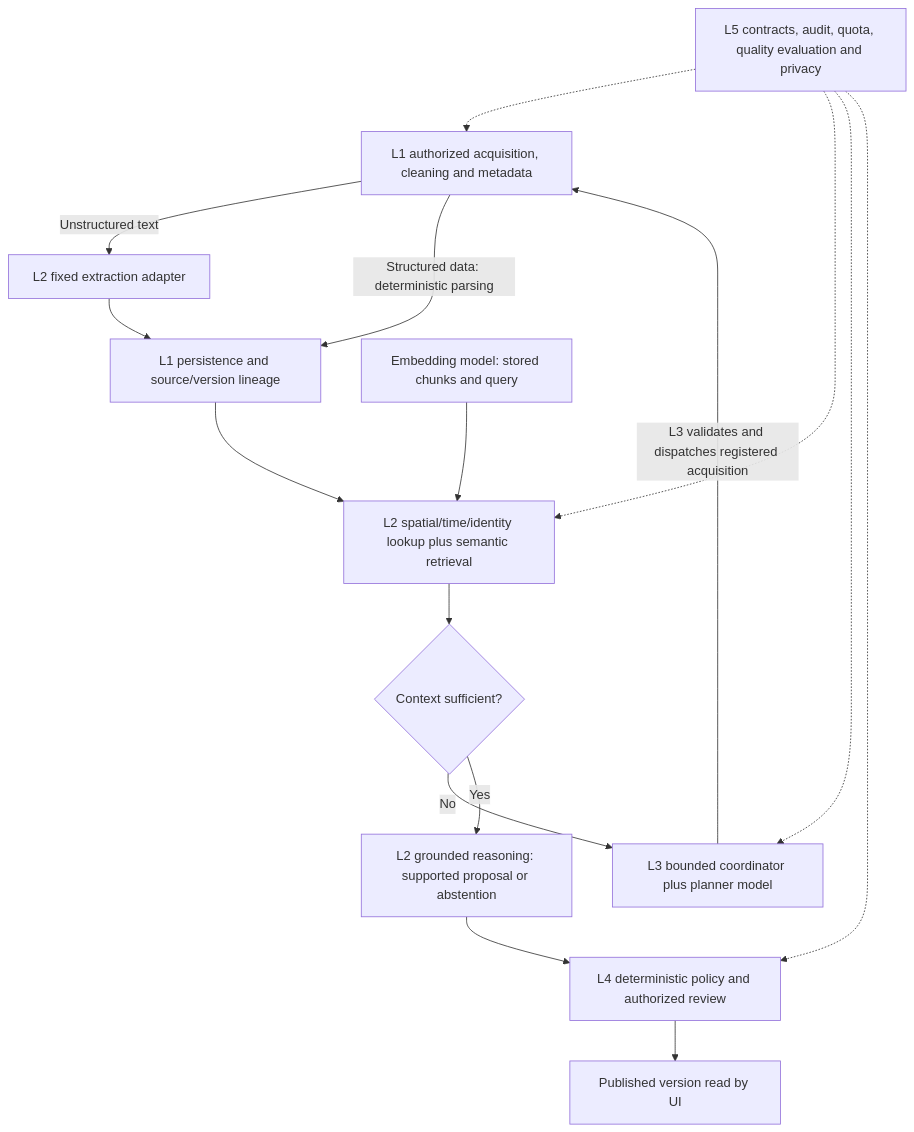
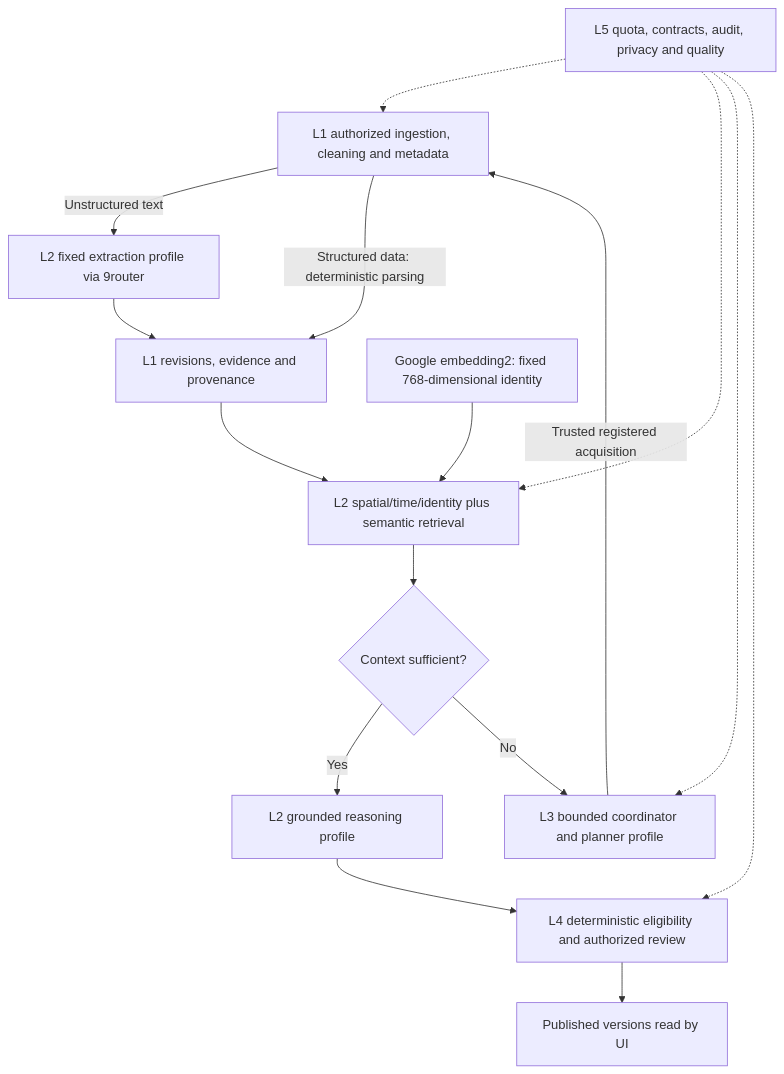
The diagram in docs/AI_MODEL_INTEGRATION_PLAN.md (Asassinoooo/Waspada-Jakarta), drawn with Mermaid before and after one commit. The commit also changed other lines of this file and 7 other files, not shown here.

````diff
--- a/docs/AI_MODEL_INTEGRATION_PLAN.md
+++ b/docs/AI_MODEL_INTEGRATION_PLAN.md
@@ -26,18 +53,18 @@
 ```mermaid
 flowchart TD
-  D[L1 authorized acquisition, cleaning and metadata] -->|Unstructured text| E[L2 fixed extraction adapter]
+  D[L1 authorized ingestion, cleaning and metadata] -->|Unstructured text| E[L2 fixed extraction profile via 9router]
   D -->|Structured data: deterministic parsing| S
-  E --> S[L1 persistence and source/version lineage]
-  S --> R[L2 spatial/time/identity lookup plus semantic retrieval]
-  Q[Embedding model: stored chunks and query] --> R
+  E --> S[L1 revisions, evidence and provenance]
+  S --> R[L2 spatial/time/identity plus semantic retrieval]
+  Q[Google embedding2: fixed 768-dimensional identity] --> R
   R --> C{Context sufficient?}
-  C -->|No| A[L3 bounded coordinator plus planner model]
-  A -->|L3 validates and dispatches registered acquisition| D
-  C -->|Yes| J[L2 grounded reasoning: supported proposal or abstention]
-  J --> P[L4 deterministic policy and authorized review]
-  P --> U[Published version read by UI]
-  V[L5 contracts, audit, quota, quality evaluation and privacy] -.-> D
+  C -->|Yes| J[L2 grounded reasoning profile]
+  C -->|No| A[L3 bounded coordinator and planner profile]
+  A -->|Trusted registered acquisition| D
+  J --> P[L4 deterministic eligibility and authorized review]
+  P --> U[Published versions read by UI]
+  V[L5 quota, contracts, audit, privacy and quality] -.-> D
   V -.-> R
   V -.-> A
   V -.-> P
 ```
````
